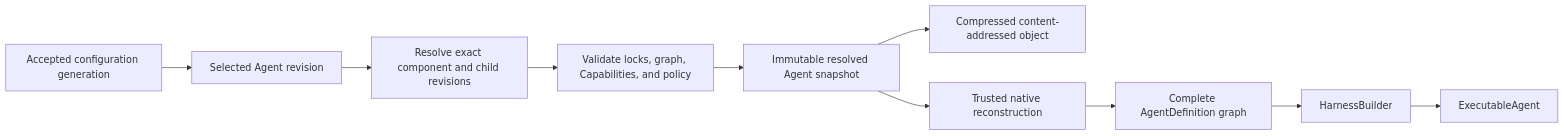
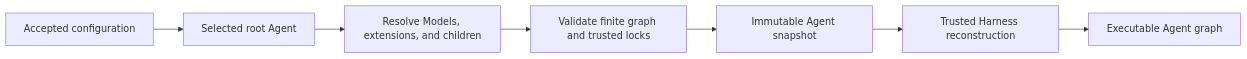
One commit to LTThreeComma/agent-foundation changed the diagram in spec/agent-ui/02-agent-composition-and-snapshots.md. Above: the diagram before and after it, drawn with Mermaid. The commit also changed other lines of this file and 125 other files, not shown here.

First line of the commit message:
feat(agent-ui): build single-process workstation (#94)

````diff
--- a/spec/agent-ui/02-agent-composition-and-snapshots.md
+++ b/spec/agent-ui/02-agent-composition-and-snapshots.md
@@ -212,16 +151,12 @@
 ```mermaid
 flowchart LR
-    Generation[Accepted configuration generation]
-    Root[Selected Agent revision]
-    Resolve[Resolve exact component and child revisions]
-    Validate[Validate locks, graph, Capabilities, and policy]
-    Snapshot[Immutable resolved Agent snapshot]
-    Store[Compressed content-addressed object]
-    Reconstruct[Trusted native reconstruction]
-    Definition[Complete AgentDefinition graph]
-    Build[HarnessBuilder]
-    Executable[ExecutableAgent]
+    Config[Accepted configuration]
+    Root[Selected root Agent]
+    Graph[Resolve Models, extensions, and children]
+    Validate[Validate finite graph and trusted locks]
+    Snapshot[Immutable Agent snapshot]
+    Reconstruct[Trusted Harness reconstruction]
+    Executable[Executable Agent graph]
 
-    Generation --> Root --> Resolve --> Validate --> Snapshot --> Store
-    Snapshot --> Reconstruct --> Definition --> Build --> Executable
+    Config --> Root --> Graph --> Validate --> Snapshot --> Reconstruct --> Executable
 ```
````
